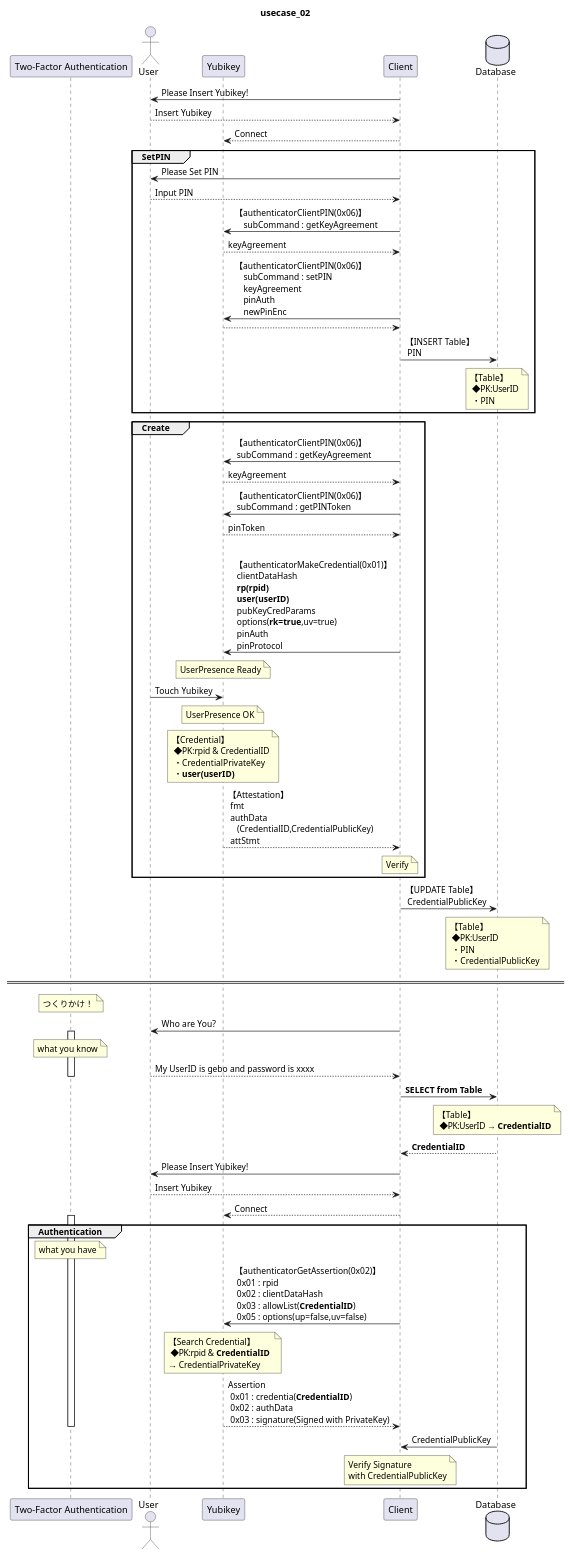
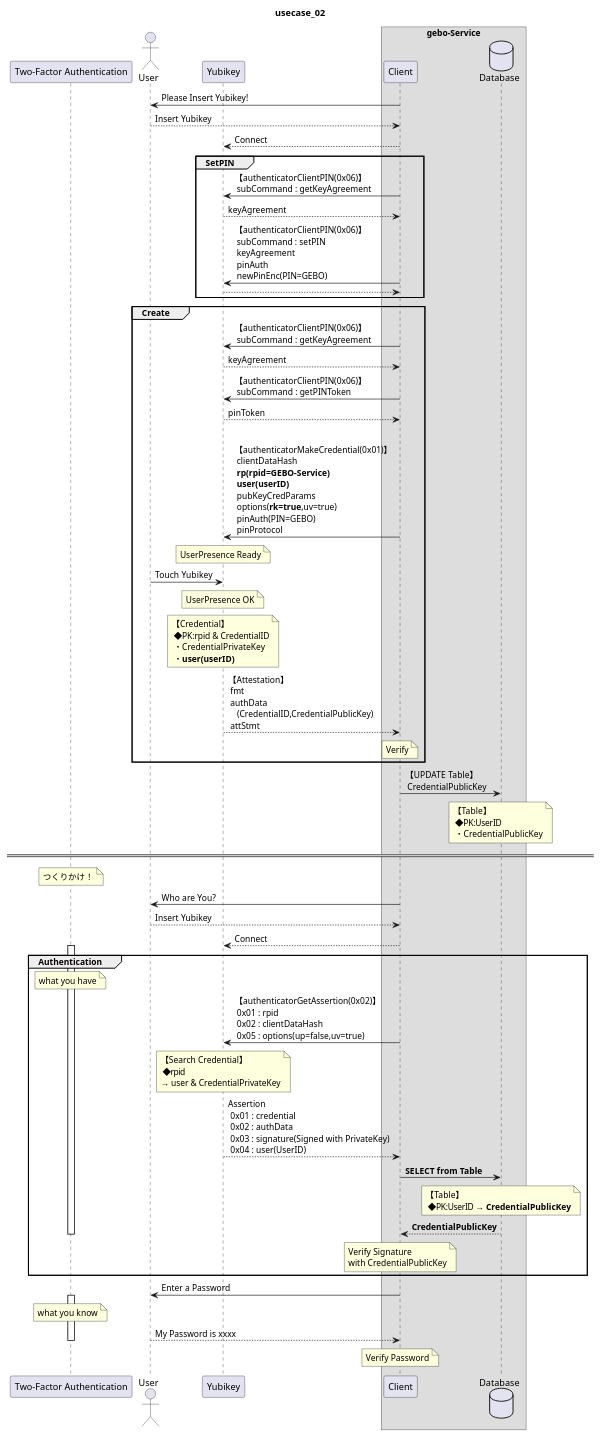
One commit to gebogebogebo/libfido2 changed the diagram in pu/05_usecase02.pu. Above: the diagram before and after it, drawn with PlantUML. The commit also changed 1 other file, not shown here.

```diff
--- a/pu/05_usecase02.pu
+++ b/pu/05_usecase02.pu
@@ -1,86 +1,79 @@
 @startuml
 title usecase_02 
 'hide footbox
 
 participant "Two-Factor Authentication" as Auth
 actor "User" as User
 participant "Yubikey" as Yubikey
-participant "Client" as Client
-database "Database" as Database
+box "gebo-Service"
+    participant "Client" as Client
+    database "Database" as Database
+end box 
 
 User <- Client : Please Insert Yubikey!
 User --> Client : Insert Yubikey
 Yubikey <-- Client : Connect
 
 group SetPIN
-    User <- Client : Please Set PIN
-    User --> Client : Input PIN
-
-    Client -> Yubikey:【authenticatorClientPIN(0x06)】\n    subCommand : getKeyAgreement
+    Client -> Yubikey:【authenticatorClientPIN(0x06)】\n subCommand : getKeyAgreement
     Client <-- Yubikey:keyAgreement
 
-    Client -> Yubikey:【authenticatorClientPIN(0x06)】\n    subCommand : setPIN\n    keyAgreement \n    pinAuth\n    newPinEnc
+    Client -> Yubikey:【authenticatorClientPIN(0x06)】\n subCommand : setPIN\n keyAgreement \n pinAuth\n newPinEnc(PIN=GEBO)
     Client <-- Yubikey: 
-
-    Client -> Database :【INSERT Table】\n PIN
-    note over Database:【Table】\n ◆PK:UserID\n ・PIN
 end
 
 group Create
     Client -> Yubikey:【authenticatorClientPIN(0x06)】\n subCommand : getKeyAgreement
     Client <-- Yubikey:keyAgreement
 
     Client -> Yubikey:【authenticatorClientPIN(0x06)】\n subCommand : getPINToken
     Client <-- Yubikey:pinToken
     |||
-    Client -> Yubikey: 【authenticatorMakeCredential(0x01)】\n clientDataHash\n **rp(rpid)**\n **user(userID)**\n pubKeyCredParams\n options(**rk=true**,uv=true)\n pinAuth\n pinProtocol
+    Client -> Yubikey: 【authenticatorMakeCredential(0x01)】\n clientDataHash\n **rp(rpid=GEBO-Service)**\n **user(userID)**\n pubKeyCredParams\n options(**rk=true**,uv=true)\n pinAuth(PIN=GEBO)\n pinProtocol
 
     note over Yubikey:UserPresence Ready
     User -> Yubikey :Touch Yubikey
 
     note over Yubikey:UserPresence OK
 
     note over Yubikey:【Credential】\n ◆PK:rpid & CredentialID\n ・CredentialPrivateKey\n ・**user(userID)**
 
     Client <-- Yubikey: 【Attestation】\n fmt\n authData\n    (CredentialID,CredentialPublicKey)\n attStmt
     note over Client:Verify
 end 
 
 Client -> Database :【UPDATE Table】\n CredentialPublicKey
-note over Database:【Table】\n ◆PK:UserID\n ・PIN\n ・CredentialPublicKey
+note over Database:【Table】\n ◆PK:UserID\n ・CredentialPublicKey
 
 ==  ==
 
 note over Auth:つくりかけ！
 
 User <- Client : Who are You?
-activate Auth
-note over Auth:what you know
-User --> Client : My UserID is gebo and password is xxxx
-deactivate Auth
-Client -> Database : **SELECT from Table**
-note over Database:【Table】\n ◆PK:UserID → **CredentialID**
-Client <-- Database : **CredentialID**
-
-User <- Client : Please Insert Yubikey!
 User --> Client : Insert Yubikey
 Yubikey <-- Client : Connect
 
 group Authentication
+    activate Auth
+    note over Auth:what you have
+    Client -> Yubikey : 【authenticatorGetAssertion(0x02)】\n 0x01 : rpid\n 0x02 : clientDataHash\n 0x05 : options(up=false,uv=true)
 
+    note over Yubikey:【Search Credential】\n ◆rpid \n→ user & CredentialPrivateKey
+
+    Client <-- Yubikey: Assertion\n 0x01 : credential\n 0x02 : authData\n 0x03 : signature(Signed with PrivateKey)\n 0x04 : user(UserID)
+    Client -> Database : **SELECT from Table**
+    note over Database:【Table】\n ◆PK:UserID → **CredentialPublicKey**
+    Client <-- Database : **CredentialPublicKey**
+
+    note over Client:Verify Signature \nwith CredentialPublicKey
+    deactivate Auth
+end
+
+User <- Client : Enter a Password
 activate Auth
-note over Auth:what you have
-Client -> Yubikey : 【authenticatorGetAssertion(0x02)】\n 0x01 : rpid\n 0x02 : clientDataHash\n 0x03 : allowList(**CredentialID**)\n 0x05 : options(up=false,uv=false)
-
-note over Yubikey:【Search Credential】\n ◆PK:rpid & **CredentialID** \n→ CredentialPrivateKey
-
-Client <-- Yubikey: Assertion\n 0x01 : credentia(**CredentialID**)\n 0x02 : authData\n 0x03 : signature(Signed with PrivateKey)
+note over Auth:what you know
+User --> Client : My Password is xxxx
+note over Client:Verify Password
 deactivate Auth
 
-Client <- Database : CredentialPublicKey
-
-note over Client:Verify Signature \nwith CredentialPublicKey
-
-end
-
 @enduml
```
